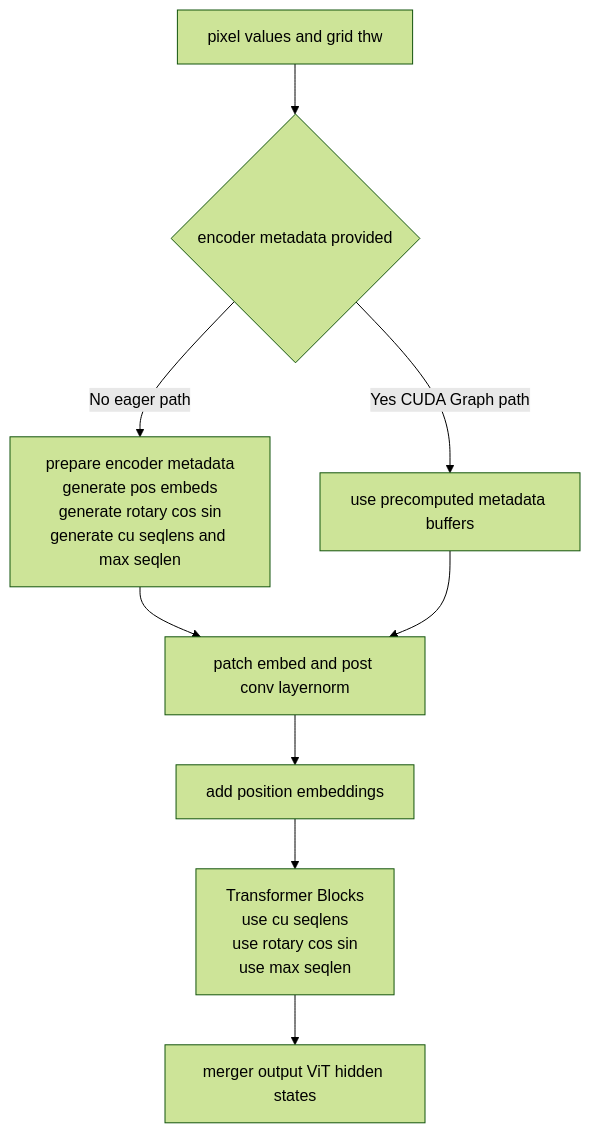
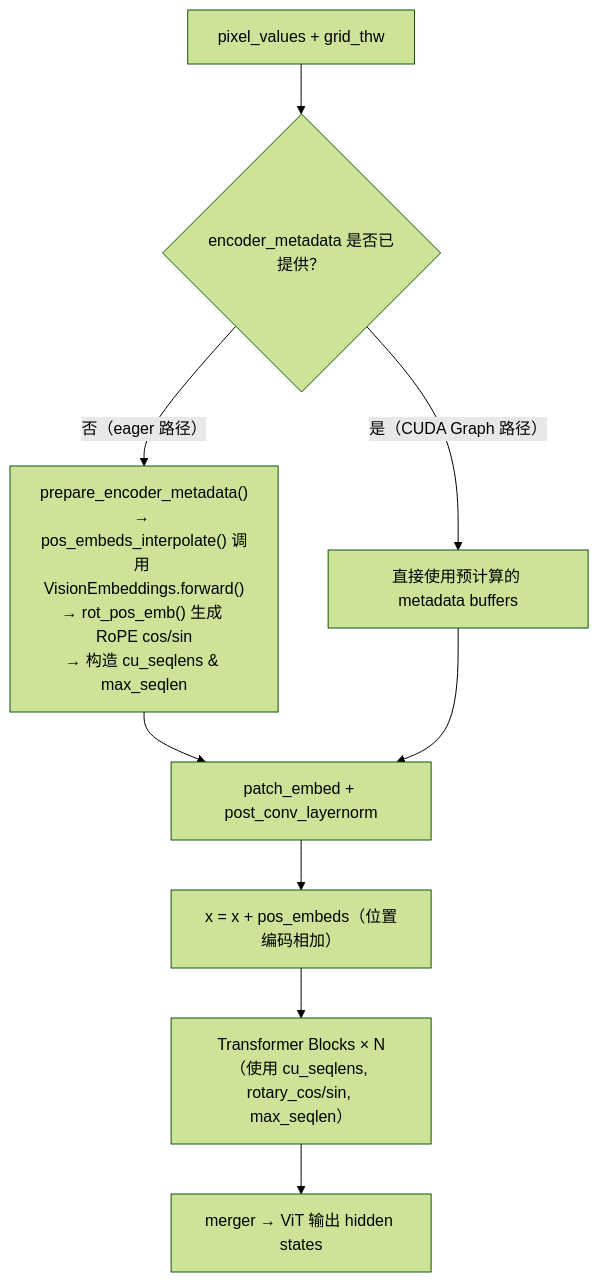
Before and after one commit to shen-shanshan/vllm-dev-skills: the first of 2 diagrams in skills/vllm-pr-summary/outputs/pr-40576-summary.md, drawn with Mermaid (forest theme). The commit also changed other lines of this file and 7 other files, not shown here.

````diff
--- a/skills/vllm-pr-summary/outputs/pr-40576-summary.md
+++ b/skills/vllm-pr-summary/outputs/pr-40576-summary.md
@@ -40,29 +40,21 @@
 ```mermaid
 flowchart TD
+    A["pixel_values + grid_thw"]
 
-    A["pixel values and grid thw"]
-
-    B{"encoder metadata provided"}
+    B{"encoder_metadata 是否已提供？"}
 
     A --> B
 
+    B -->|"否（eager 路径）"| C["prepare_encoder_metadata()<br/>→ pos_embeds_interpolate() 调用 VisionEmbeddings.forward()<br/>→ rot_pos_emb() 生成 RoPE cos/sin<br/>→ 构造 cu_seqlens & max_seqlen"]
 
-    B -->|"No eager path"| C["prepare encoder metadata<br/>generate pos embeds<br/>generate rotary cos sin<br/>generate cu seqlens and max seqlen"]
+    B -->|"是（CUDA Graph 路径）"| D["直接使用预计算的 metadata buffers"]
 
-
-    B -->|"Yes CUDA Graph path"| D["use precomputed metadata buffers"]
-
-
-    C --> E["patch embed and post conv layernorm"]
-
+    C --> E["patch_embed + post_conv_layernorm"]
     D --> E
 
+    E --> F["x = x + pos_embeds（位置编码相加）"]
 
-    E --> F["add position embeddings"]
+    F --> G["Transformer Blocks × N<br/>（使用 cu_seqlens, rotary_cos/sin, max_seqlen）"]
 
-
-    F --> G["Transformer Blocks<br/>use cu seqlens<br/>use rotary cos sin<br/>use max seqlen"]
-
-
-    G --> H["merger output ViT hidden states"]
+    G --> H["merger → ViT 输出 hidden states"]
 ```
````
